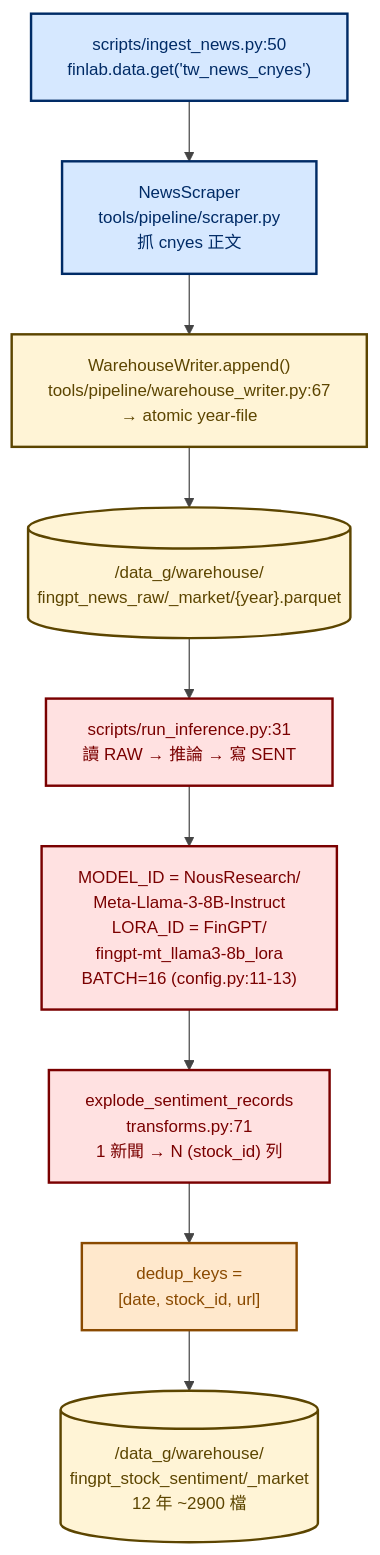
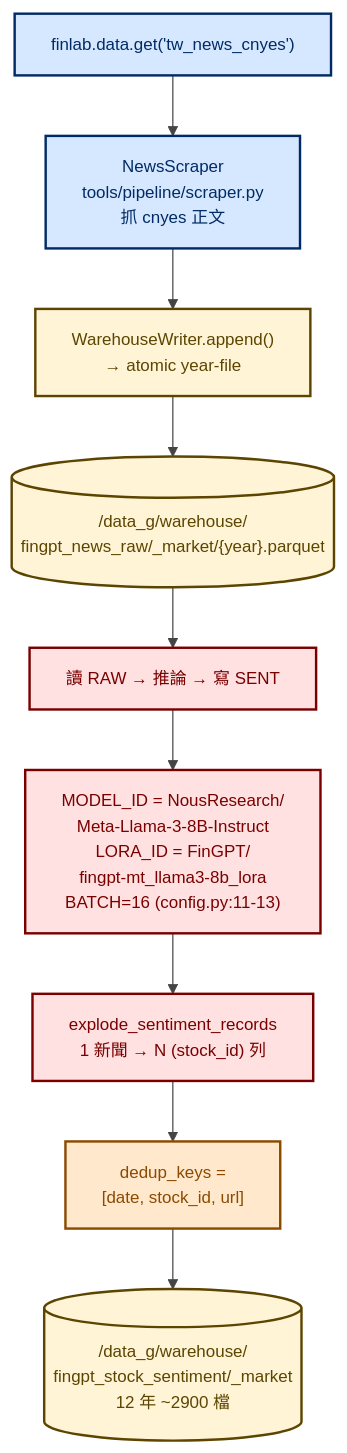
The third of 7 diagrams in flowcharts/market_risk_studies/fingpt_risk.md (Jang-jhih/quant-interview-prep), drawn with Mermaid before and after one commit. The commit also changed other lines of this file and 12 other files, not shown here.

````diff
--- a/flowcharts/market_risk_studies/fingpt_risk.md
+++ b/flowcharts/market_risk_studies/fingpt_risk.md
@@ -94,27 +94,27 @@
 ```mermaid
 %%{init: {'theme':'base', 'themeVariables': {'primaryColor':'#ececec','primaryTextColor':'#1a1a1a','primaryBorderColor':'#666666','lineColor':'#444444','secondaryColor':'#f4f4f4','fontSize':'14px'}}}%%
 flowchart TB
     classDef source fill:#d6e8ff,stroke:#002b66,stroke-width:2px,color:#002b66
     classDef model fill:#ffe1e1,stroke:#7a0000,stroke-width:2px,color:#7a0000
     classDef warehouse fill:#fff4d6,stroke:#5c4500,stroke-width:2px,color:#5c4500
     classDef decision fill:#ffe8cc,stroke:#8a4a00,stroke-width:2px,color:#8a4a00
     classDef loop fill:#d6e8ff,stroke:#002b66,stroke-width:1.5px,color:#002b66
 
-    INGEST["scripts/ingest_news.py:50<br/>finlab.data.get('tw_news_cnyes')"]:::source
+    INGEST["finlab.data.get('tw_news_cnyes')"]:::source
     SCRAPE["NewsScraper<br/>tools/pipeline/scraper.py<br/>抓 cnyes 正文"]:::source
-    WRITER["WarehouseWriter.append()<br/>tools/pipeline/warehouse_writer.py:67<br/>→ atomic year-file"]:::warehouse
+    WRITER["WarehouseWriter.append()<br/>→ atomic year-file"]:::warehouse
     RAW[("/data_g/warehouse/<br/>fingpt_news_raw/_market/{year}.parquet")]:::warehouse
-    INFER["scripts/run_inference.py:31<br/>讀 RAW → 推論 → 寫 SENT"]:::model
+    INFER["讀 RAW → 推論 → 寫 SENT"]:::model
     LLM["MODEL_ID = NousResearch/<br/>Meta-Llama-3-8B-Instruct<br/>LORA_ID = FinGPT/<br/>fingpt-mt_llama3-8b_lora<br/>BATCH=16 (config.py:11-13)"]:::model
-    EXPLODE["explode_sentiment_records<br/>transforms.py:71<br/>1 新聞 → N (stock_id) 列"]:::model
+    EXPLODE["explode_sentiment_records<br/>1 新聞 → N (stock_id) 列"]:::model
     DEDUP["dedup_keys =<br/>[date, stock_id, url]"]:::decision
     SENT[("/data_g/warehouse/<br/>fingpt_stock_sentiment/_market<br/>12 年 ~2900 檔")]:::warehouse
 
     INGEST --> SCRAPE --> WRITER --> RAW
     RAW --> INFER --> LLM --> EXPLODE --> DEDUP --> SENT
 
     class INGEST,SCRAPE source
     class INFER,LLM,EXPLODE model
     class WRITER,RAW,SENT warehouse
     class DEDUP decision
 ```
````
